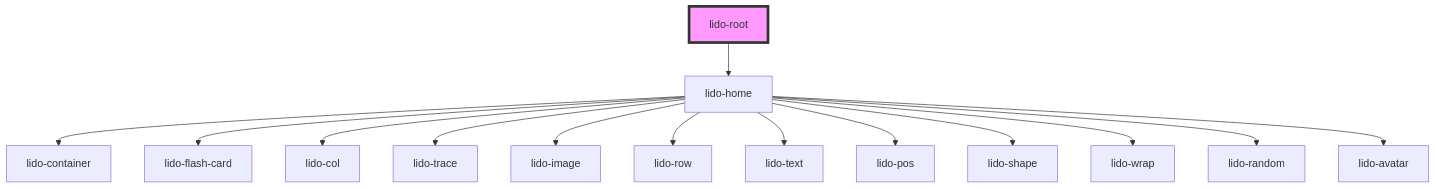
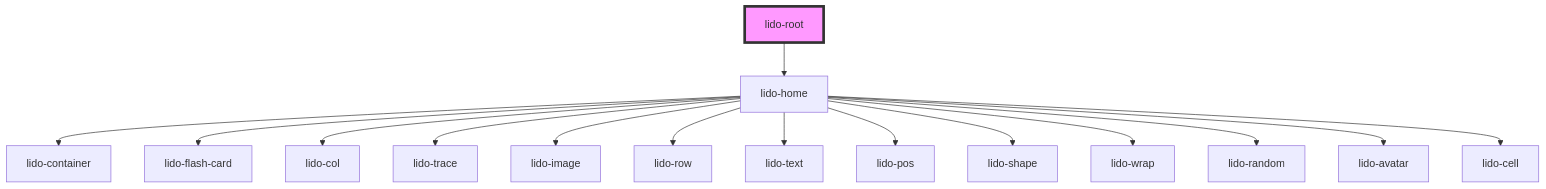
One commit to chimple/lido-player changed the diagram in src/components/root/readme.md. Above: the diagram before and after it, drawn with Mermaid. The commit also changed 7 other files, not shown here.

Commit message:
Added LidoCell Component

````diff
--- a/src/components/root/readme.md
+++ b/src/components/root/readme.md
@@ -25,17 +25,18 @@
 ```mermaid
 graph TD;
   lido-root --> lido-home
   lido-home --> lido-container
   lido-home --> lido-flash-card
   lido-home --> lido-col
   lido-home --> lido-trace
   lido-home --> lido-image
   lido-home --> lido-row
   lido-home --> lido-text
   lido-home --> lido-pos
   lido-home --> lido-shape
   lido-home --> lido-wrap
   lido-home --> lido-random
   lido-home --> lido-avatar
+  lido-home --> lido-cell
   style lido-root fill:#f9f,stroke:#333,stroke-width:4px
 ```
````
